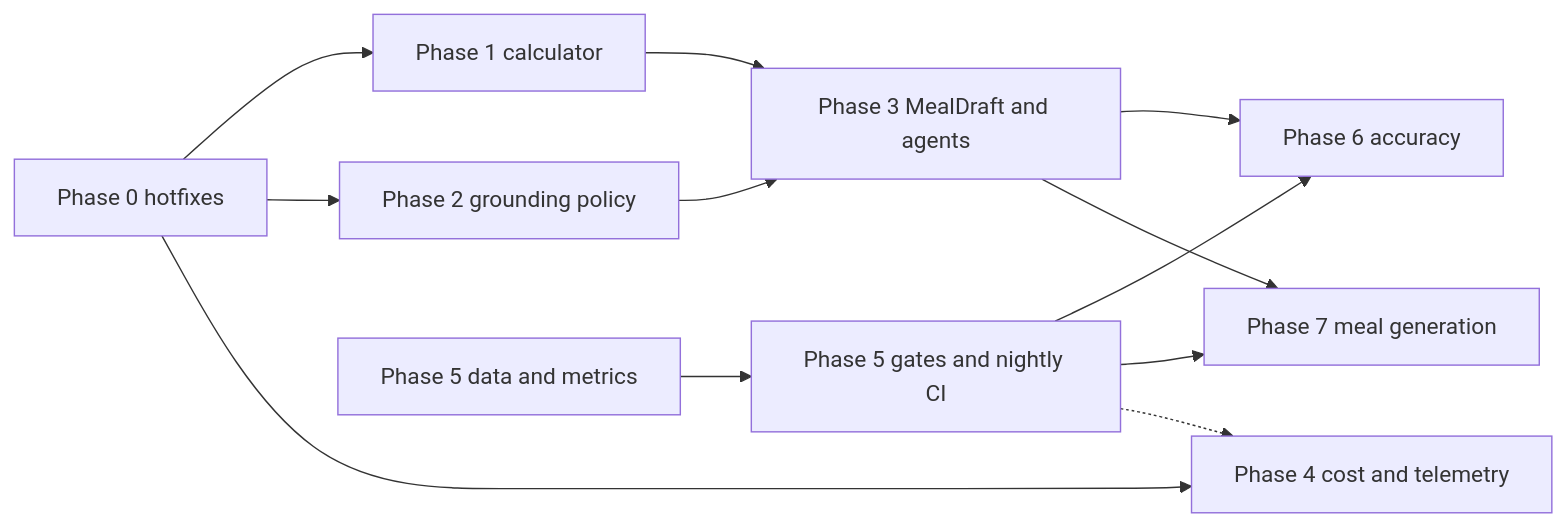
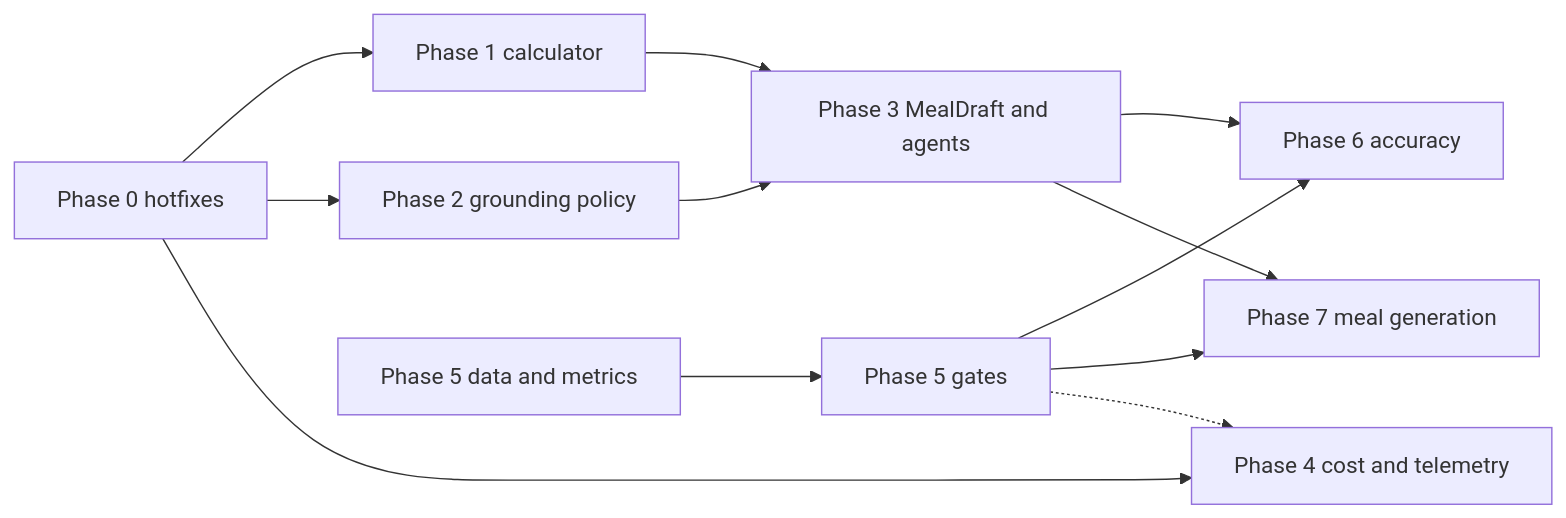
Before and after one commit to dominic-codespoti/GutAI: the diagram in docs/AI_CALORIE_PIPELINE_REMEDIATION_PLAN.md, drawn with Mermaid. The commit also changed other lines of this file and 6 other files, not shown here.

````diff
--- a/docs/AI_CALORIE_PIPELINE_REMEDIATION_PLAN.md
+++ b/docs/AI_CALORIE_PIPELINE_REMEDIATION_PLAN.md
@@ -92,14 +93,14 @@
 ```mermaid
 flowchart LR
   P0[Phase 0 hotfixes] --> P1[Phase 1 calculator]
   P0 --> P2[Phase 2 grounding policy]
   P0 --> P4[Phase 4 cost and telemetry]
   P1 --> P3[Phase 3 MealDraft and agents]
   P2 --> P3
-  P5a[Phase 5 data and metrics] --> P5b[Phase 5 gates and nightly CI]
+  P5a[Phase 5 data and metrics] --> P5b[Phase 5 gates]
   P5b --> P6[Phase 6 accuracy]
   P3 --> P6
   P3 --> P7[Phase 7 meal generation]
   P5b --> P7
   P5b -.-> P4
 ```
````
